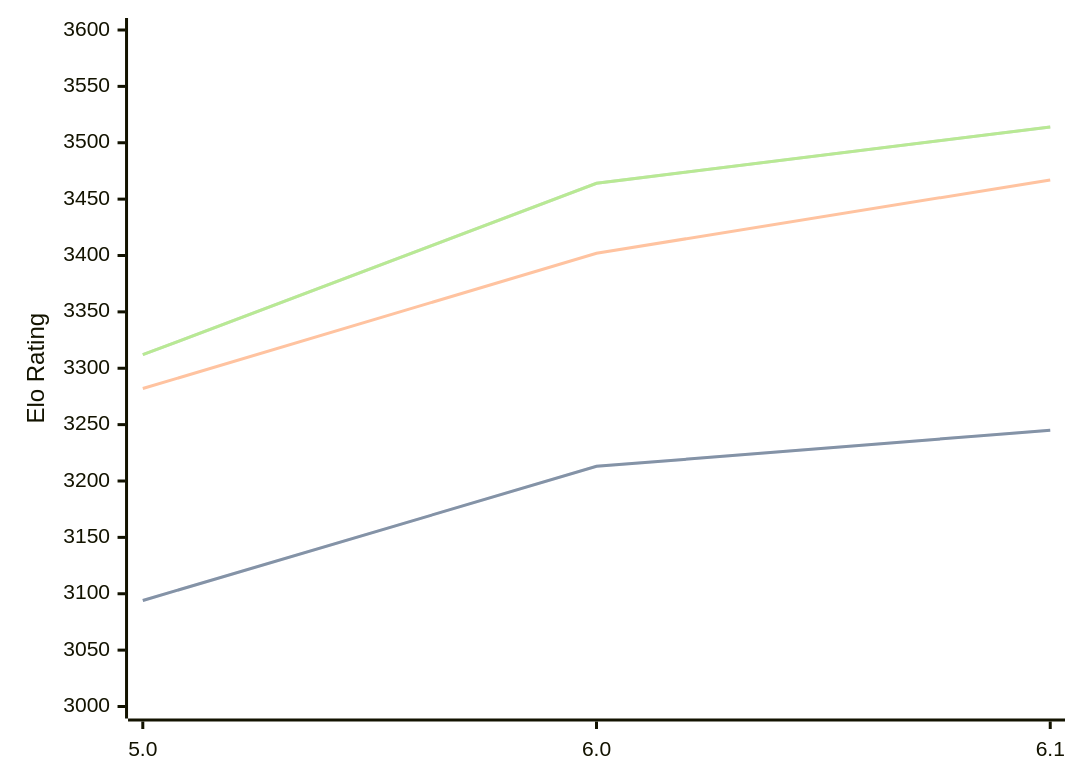
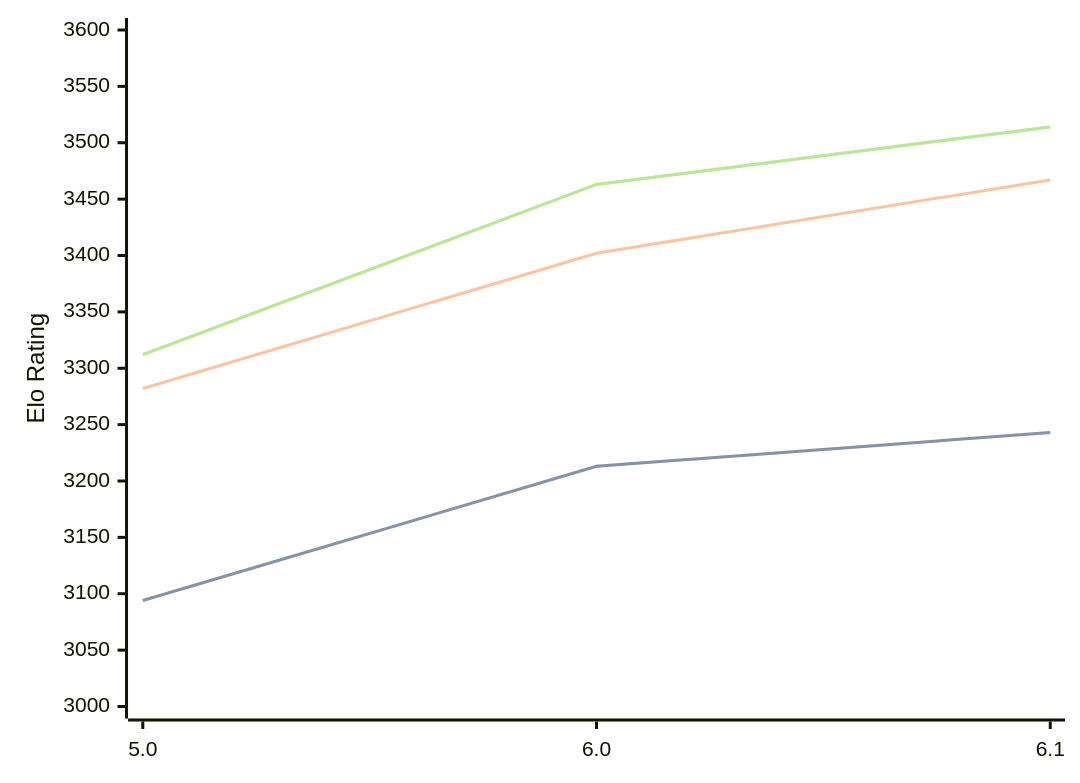
The diagram in engines/PZChessBot.md (computer-chess-index/cci), drawn with Mermaid before and after one commit. The commit also changed other lines of this file, not shown here.

Commit message:
Update CCI Ratings (ELO VLTC) - 2026-03-01

````diff
--- a/engines/PZChessBot.md
+++ b/engines/PZChessBot.md
@@ -40,11 +40,11 @@
 ```mermaid
 %%{init: {"theme":"base","themeVariables":{"seriesColors:['#a3a3a3','#222221','#faa371']}}}%%
 xychart-beta
   x-axis ["5.0", "6.0", "6.1"]
   y-axis "Elo Rating" 3000 --> 3600
-  line "STC (8.0+0.08s)" [3094, 3213, 3245]
-  line "STC (8.0+0.08s)" [3094, 3213, 3245]
+  line "STC (8.0+0.08s)" [3094, 3213, 3243]
+  line "STC (8.0+0.08s)" [3094, 3213, 3243]
   line "LTC (60.0+0.60s)" [3282, 3402, 3467]
-  line "VLTC (2m24s+1.12s)" [3312, 3464, 3514]
-  line "VLTC (2m24s+1.12s)" [3312, 3464, 3514]
+  line "VLTC (2m24s+1.12s)" [3312, 3463, 3514]
+  line "VLTC (2m24s+1.12s)" [3312, 3463, 3514]
 ```
````
